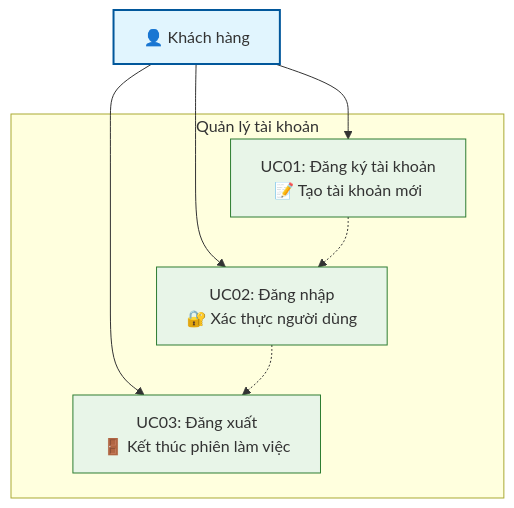
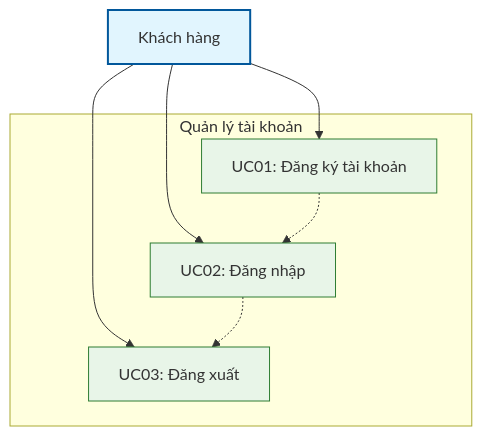
Before and after one commit to vinhhoang04cp/webshop: the second of 15 diagrams in docs/COMPLETE_USE_CASES.md, drawn with Mermaid. The commit also changed other lines of this file, not shown here.

````diff
--- a/docs/COMPLETE_USE_CASES.md
+++ b/docs/COMPLETE_USE_CASES.md
@@ -126,24 +126,24 @@
 ```mermaid
 graph TB
-    Customer[👤 Khách hàng]
+    Customer[Khách hàng]
     
     subgraph "Quản lý tài khoản"
-        UC01[UC01: Đăng ký tài khoản<br/>📝 Tạo tài khoản mới]
-        UC02[UC02: Đăng nhập<br/>🔐 Xác thực người dùng]
-        UC03[UC03: Đăng xuất<br/>🚪 Kết thúc phiên làm việc]
+        UC01[UC01: Đăng ký tài khoản]
+        UC02[UC02: Đăng nhập]
+        UC03[UC03: Đăng xuất]
     end
     
     Customer --> UC01
     Customer --> UC02
     Customer --> UC03
     
     %% Flow
     UC01 -.-> UC02
     UC02 -.-> UC03
     
     classDef actor fill:#e1f5fe,stroke:#01579b,stroke-width:2px
     classDef usecase fill:#e8f5e8,stroke:#2e7d32,stroke-width:1px
     
     class Customer actor
     class UC01,UC02,UC03 usecase
 ```
````
